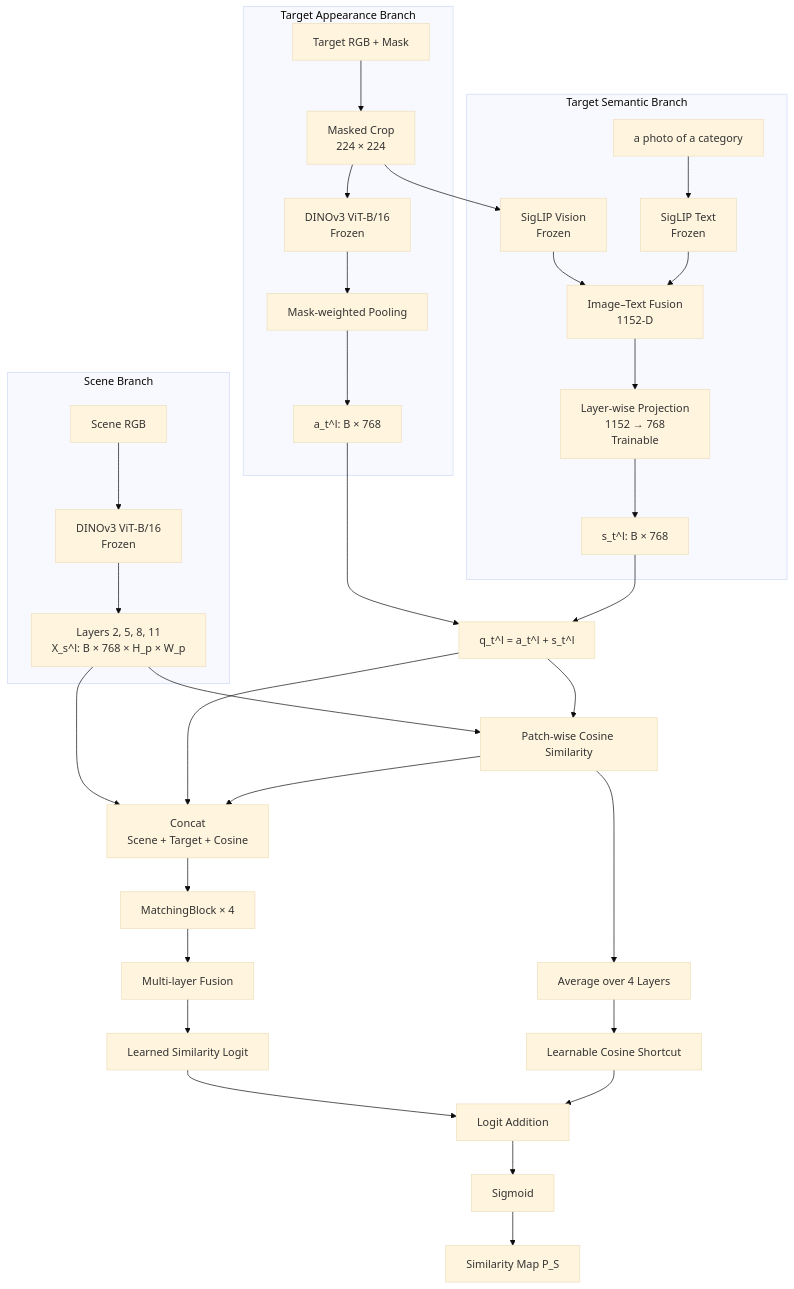
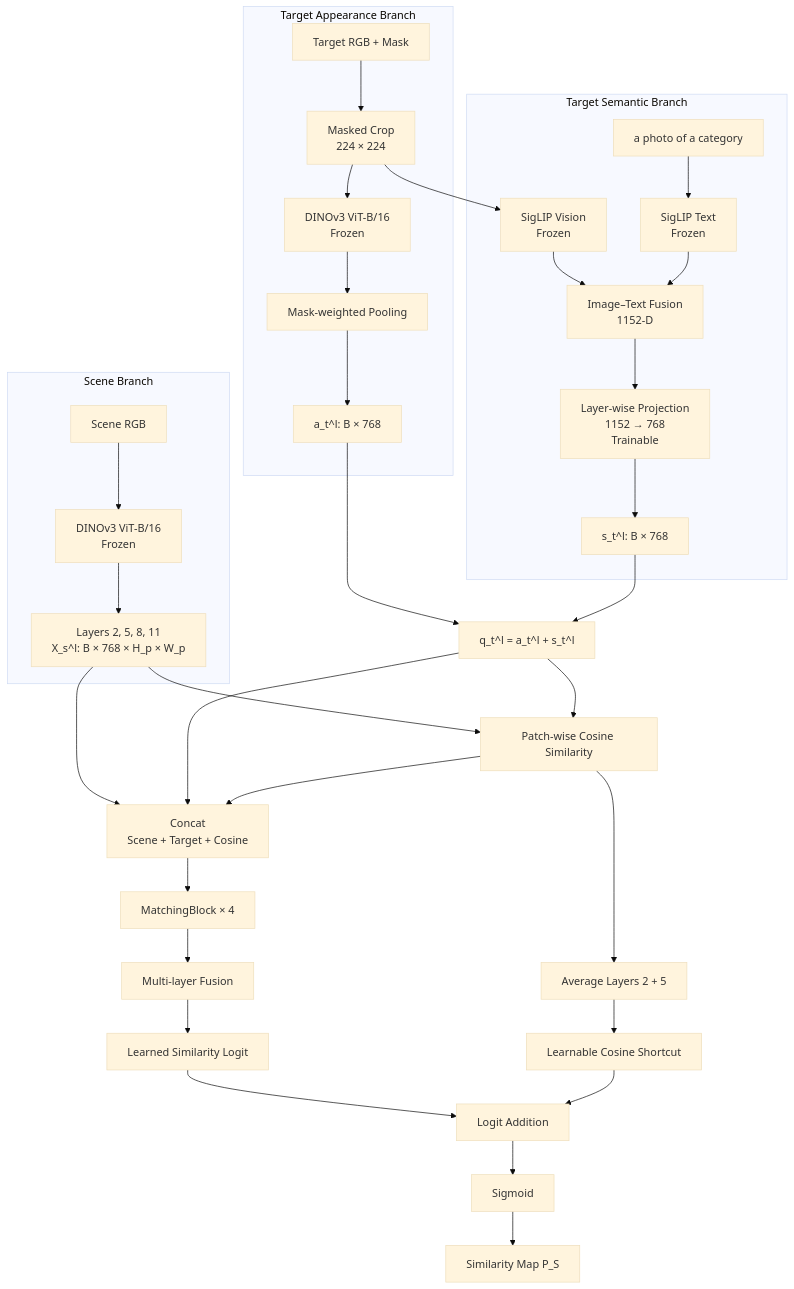
The second of 3 diagrams in README2.md (JeonHaneul/2D-PDM_DINOv3), drawn with Mermaid (base theme) before and after one commit. The commit also changed other lines of this file, not shown here.

````diff
--- a/README2.md
+++ b/README2.md
@@ -94,47 +94,47 @@
 ```mermaid
 flowchart TB
     subgraph SCENE["Scene Branch"]
         SRGB["Scene RGB"]
         SDINO["DINOv3 ViT-B/16<br/>Frozen"]
         SFEAT["Layers 2, 5, 8, 11<br/>X_s^l: B × 768 × H_p × W_p"]
         SRGB --> SDINO --> SFEAT
     end
 
     subgraph APPEARANCE["Target Appearance Branch"]
         TRGB["Target RGB + Mask"]
         CROP["Masked Crop<br/>224 × 224"]
         TDINO["DINOv3 ViT-B/16<br/>Frozen"]
         POOL["Mask-weighted Pooling"]
         AVEC["a_t^l: B × 768"]
         TRGB --> CROP --> TDINO --> POOL --> AVEC
     end
 
     subgraph SEMANTIC["Target Semantic Branch"]
         SIGIMG["SigLIP Vision<br/>Frozen"]
         PROMPT["a photo of a category"]
         SIGTXT["SigLIP Text<br/>Frozen"]
         SEMFUSE["Image–Text Fusion<br/>1152-D"]
         PROJ["Layer-wise Projection<br/>1152 → 768<br/>Trainable"]
         SVEC["s_t^l: B × 768"]
         CROP --> SIGIMG --> SEMFUSE
         PROMPT --> SIGTXT --> SEMFUSE
         SEMFUSE --> PROJ --> SVEC
     end
 
     AVEC --> QFUSE["q_t^l = a_t^l + s_t^l"]
     SVEC --> QFUSE
     SFEAT --> COS["Patch-wise Cosine Similarity"]
     QFUSE --> COS
     SFEAT --> INTERACT["Concat<br/>Scene + Target + Cosine"]
     QFUSE --> INTERACT
     COS --> INTERACT
     INTERACT --> BLOCKS["MatchingBlock × 4"]
     BLOCKS --> LFUSE["Multi-layer Fusion"]
     LFUSE --> HEAD["Learned Similarity Logit"]
-    COS --> CAVG["Average over 4 Layers"]
+    COS --> CAVG["Average Layers 2 + 5"]
     CAVG --> SKIP["Learnable Cosine Shortcut"]
     HEAD --> ADDLOGIT["Logit Addition"]
     SKIP --> ADDLOGIT
     ADDLOGIT --> SIGMOID["Sigmoid"]
     SIGMOID --> PMAP["Similarity Map P_S"]
 ```
````
